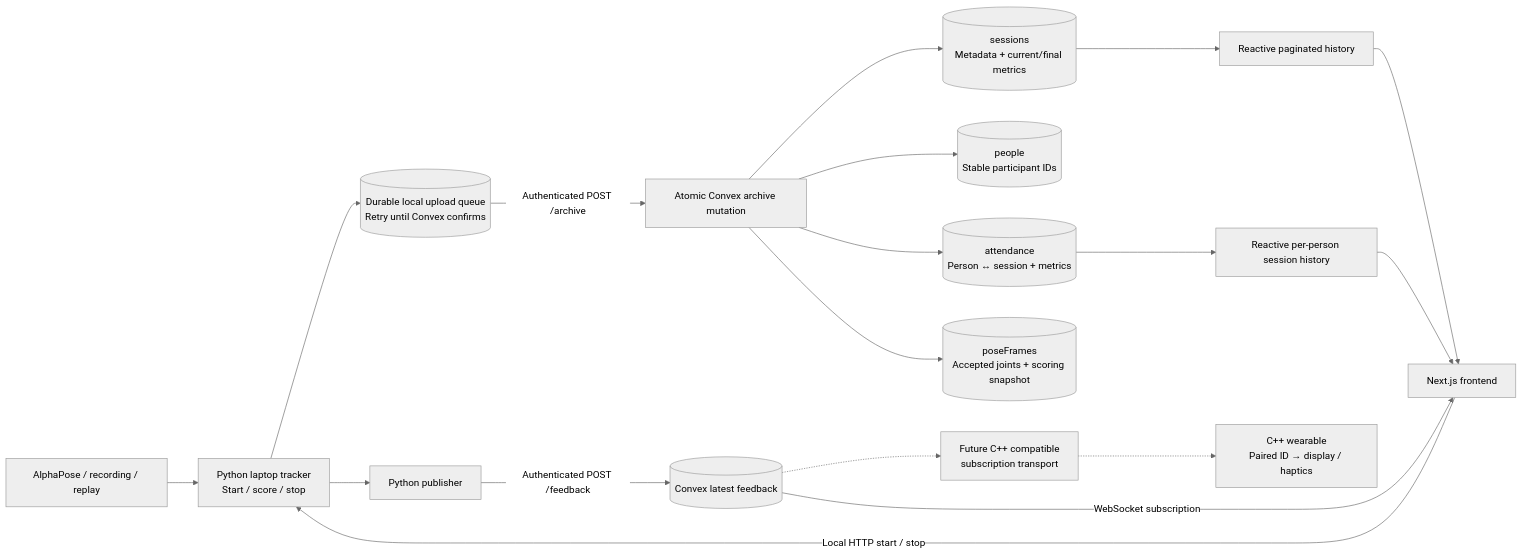
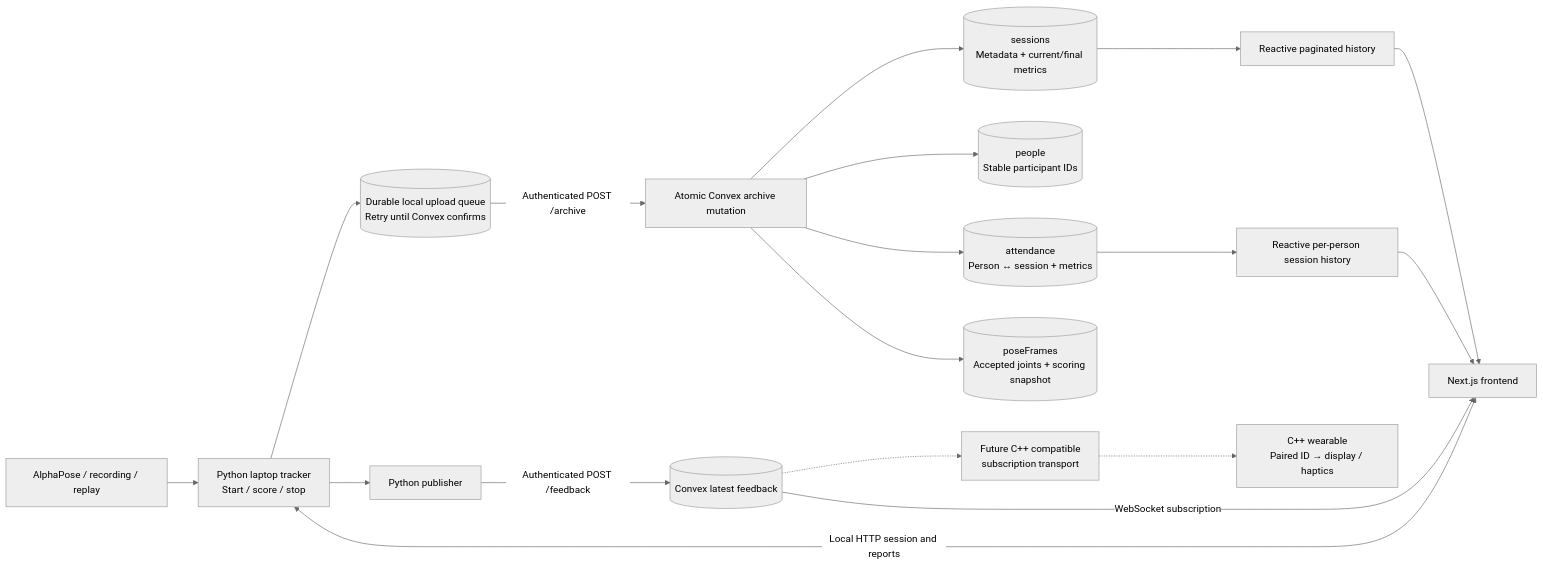
The diagram in docs/REALTIME_ARCHITECTURE.md (Github11200/ECE-198), drawn with Mermaid (neutral theme) before and after one commit. The commit also changed other lines of this file and 18 other files, not shown here.

Commit message:
Start AlphaPose from local session controls

````diff
--- a/docs/REALTIME_ARCHITECTURE.md
+++ b/docs/REALTIME_ARCHITECTURE.md
@@ -5,20 +5,20 @@
 ```mermaid
 flowchart LR
     Camera[AlphaPose / recording / replay] --> Tracker[Python laptop tracker\nStart / score / stop]
     Tracker --> Queue[(Durable local upload queue\nRetry until Convex confirms)]
     Queue -->|Authenticated POST /archive| Archive[Atomic Convex archive mutation]
     Archive --> Sessions[(sessions\nMetadata + current/final metrics)]
     Archive --> People[(people\nStable participant IDs)]
     Archive --> Attendance[(attendance\nPerson ↔ session + metrics)]
     Archive --> Frames[(poseFrames\nAccepted joints + scoring snapshot)]
     Tracker --> Relay[Python publisher]
     Relay -->|Authenticated POST /feedback| Feedback[(Convex latest feedback)]
     Sessions --> History[Reactive paginated history]
     Attendance --> Personal[Reactive per-person session history]
     History --> Frontend[Next.js frontend]
     Personal --> Frontend
     Feedback -->|WebSocket subscription| Frontend
-    Frontend -->|Local HTTP start / stop| Tracker
+    Frontend <-->|Local HTTP session and reports| Tracker
     Feedback -.-> Transport[Future C++ compatible\nsubscription transport]
     Transport -.-> Wearable[C++ wearable\nPaired ID → display / haptics]
 ```
````
